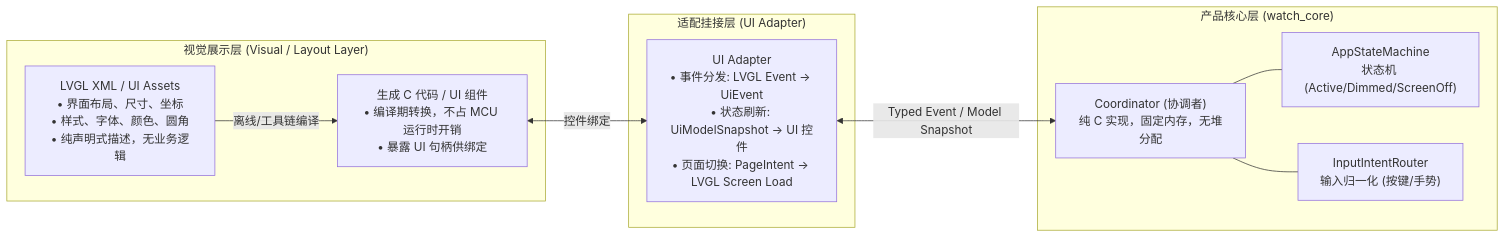
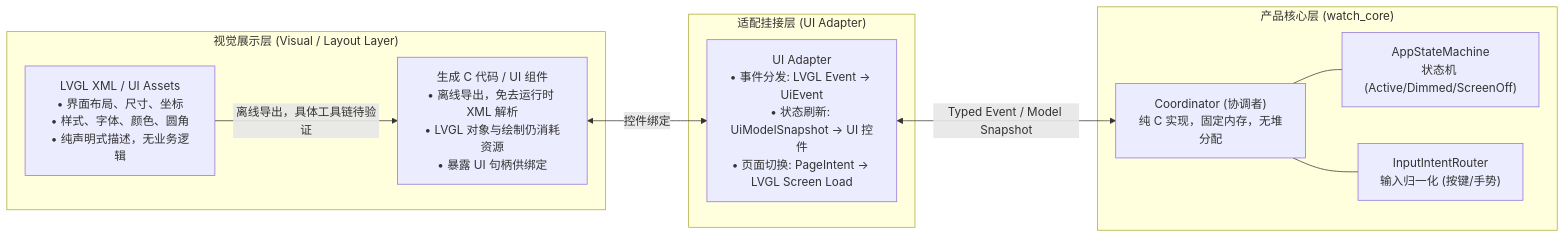
Before and after one commit to e-n-ye/wristflow: the third of 3 diagrams in docs/UI-INTERACTION.md, drawn with Mermaid. The commit also changed other lines of this file and 3 other files, not shown here.

````diff
--- a/docs/UI-INTERACTION.md
+++ b/docs/UI-INTERACTION.md
@@ -194,23 +201,23 @@
 ```mermaid
 flowchart LR
     subgraph UI_Layer ["视觉展示层 (Visual / Layout Layer)"]
         XML["LVGL XML / UI Assets\n• 界面布局、尺寸、坐标\n• 样式、字体、颜色、圆角\n• 纯声明式描述，无业务逻辑"]
-        GEN_C["生成 C 代码 / UI 组件\n• 编译期转换，不占 MCU 运行时开销\n• 暴露 UI 句柄供绑定"]
+        GEN_C["生成 C 代码 / UI 组件\n• 离线导出，免去运行时 XML 解析\n• LVGL 对象与绘制仍消耗资源\n• 暴露 UI 句柄供绑定"]
     end
 
     subgraph Core_Layer ["产品核心层 (watch_core)"]
         COORD["Coordinator (协调者)\n纯 C 实现，固定内存，无堆分配"]
         SM["AppStateMachine\n状态机 (Active/Dimmed/ScreenOff)"]
         ROUTER["InputIntentRouter\n输入归一化 (按键/手势)"]
     end
 
     subgraph Adapter_Layer ["适配挂接层 (UI Adapter)"]
         ADAPT["UI Adapter\n• 事件分发: LVGL Event -> UiEvent\n• 状态刷新: UiModelSnapshot -> UI 控件\n• 页面切换: PageIntent -> LVGL Screen Load"]
     end
 
-    XML -->|离线/工具链编译| GEN_C
+    XML -->|离线导出，具体工具链待验证| GEN_C
     GEN_C <-->|控件绑定| ADAPT
     ADAPT <-->|Typed Event / Model Snapshot| COORD
     COORD --- SM
     COORD --- ROUTER
 ```
````
